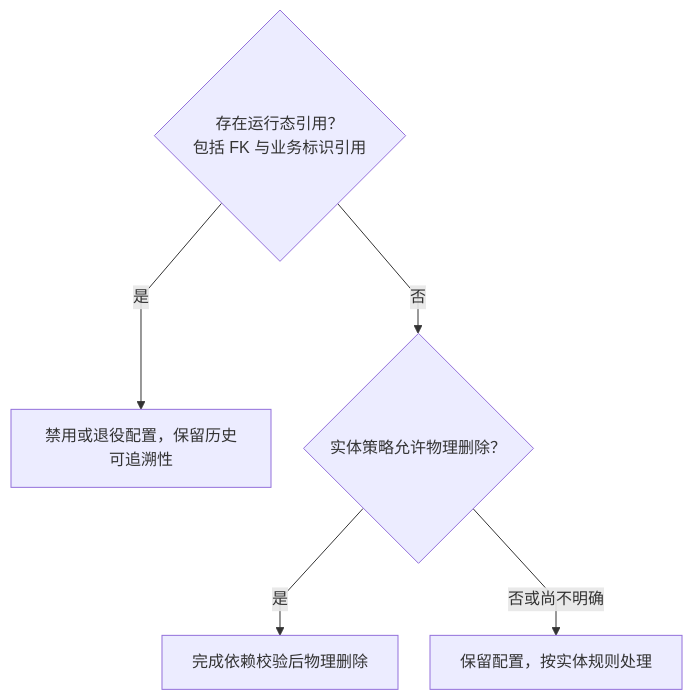
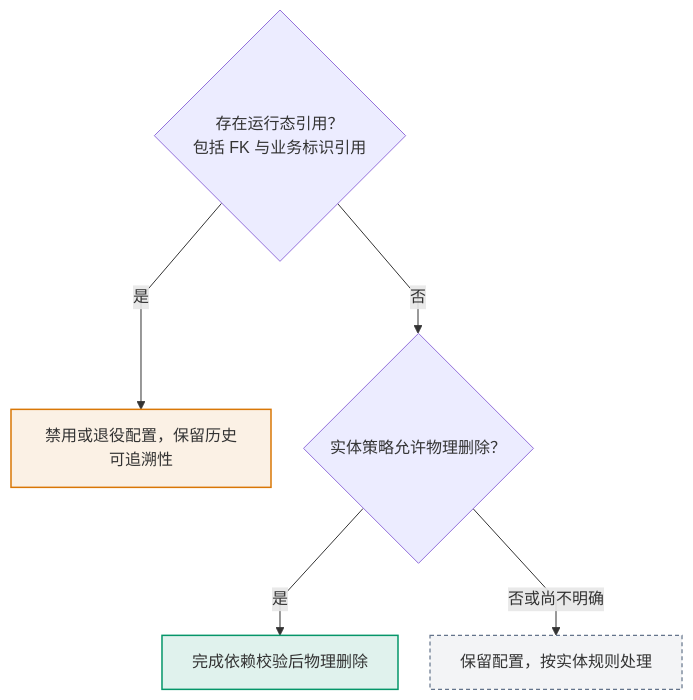
Before and after one commit to pinpols/file-batch-system: the diagram in docs/design/delete-strategy.md, drawn with Mermaid. The commit also changed 34 other files, not shown here.

First line of the commit message:
docs(diagram): 完成 P3 Mermaid 图样式收口并补充制图规范 (#1390)

````diff
--- a/docs/design/delete-strategy.md
+++ b/docs/design/delete-strategy.md
@@ -20,9 +20,13 @@
 ```mermaid
 %%{init: {"flowchart":{"curve":"linear","nodeSpacing":32,"rankSpacing":48},"sequence":{"mirrorActors":false}}}%%
 flowchart TB
   R{存在运行态引用？<br/>包括 FK 与业务标识引用}
-  R -->|是| S[禁用或退役配置，保留历史可追溯性]
+  R -->|是| S[禁用或退役配置，保留历史可追溯性]:::wait
   R -->|否| P{实体策略允许物理删除？}
-  P -->|是| D[完成依赖校验后物理删除]
-  P -->|否或尚不明确| K[保留配置，按实体规则处理]
+  P -->|是| D[完成依赖校验后物理删除]:::ok
+  P -->|否或尚不明确| K[保留配置，按实体规则处理]:::muted
+
+  classDef ok fill:#0596691f,stroke:#059669,stroke-width:1.5px
+  classDef wait fill:#d977061a,stroke:#d97706,stroke-width:1.5px
+  classDef muted fill:#64748b14,stroke:#64748b,stroke-width:1.2px,stroke-dasharray:4 3
 ```
````
